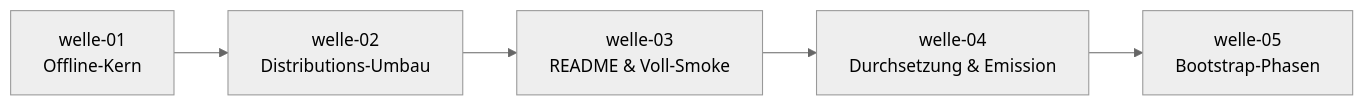
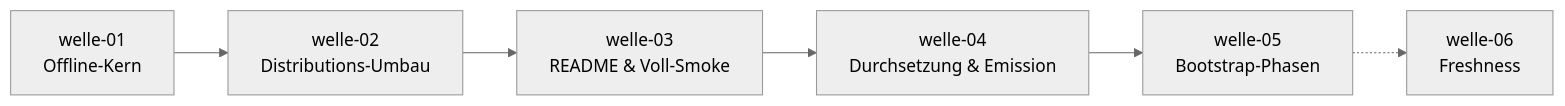
The diagram in docs/plan/planning/in-progress/roadmap.md (pt9912/ai-harness-init), drawn with Mermaid (neutral theme) before and after one commit. The commit also changed other lines of this file and 2 other files, not shown here.

First line of the commit message:
plan: welle-06-freshness angelegt (Multi-Komponenten-Versions-Freshness)

````diff
--- a/docs/plan/planning/in-progress/roadmap.md
+++ b/docs/plan/planning/in-progress/roadmap.md
@@ -41,9 +42,11 @@
 ```mermaid
 flowchart LR
     W1[welle-01<br/>Offline-Kern]
     W2[welle-02<br/>Distributions-Umbau]
     W3[welle-03<br/>README & Voll-Smoke]
     W4[welle-04<br/>Durchsetzung & Emission]
     W5[welle-05<br/>Bootstrap-Phasen]
+    W6[welle-06<br/>Freshness]
     W1 --> W2 --> W3 --> W4 --> W5
+    W5 -.-> W6
 ```
````
